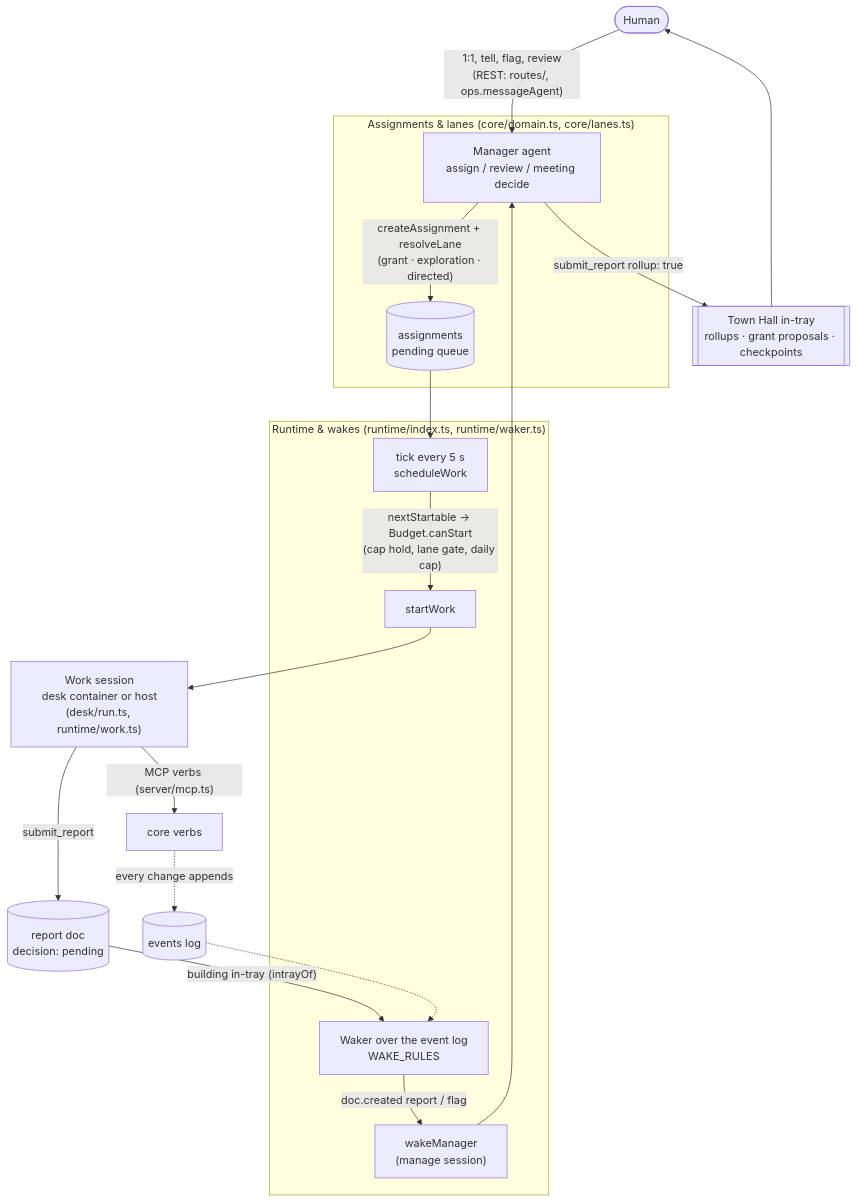
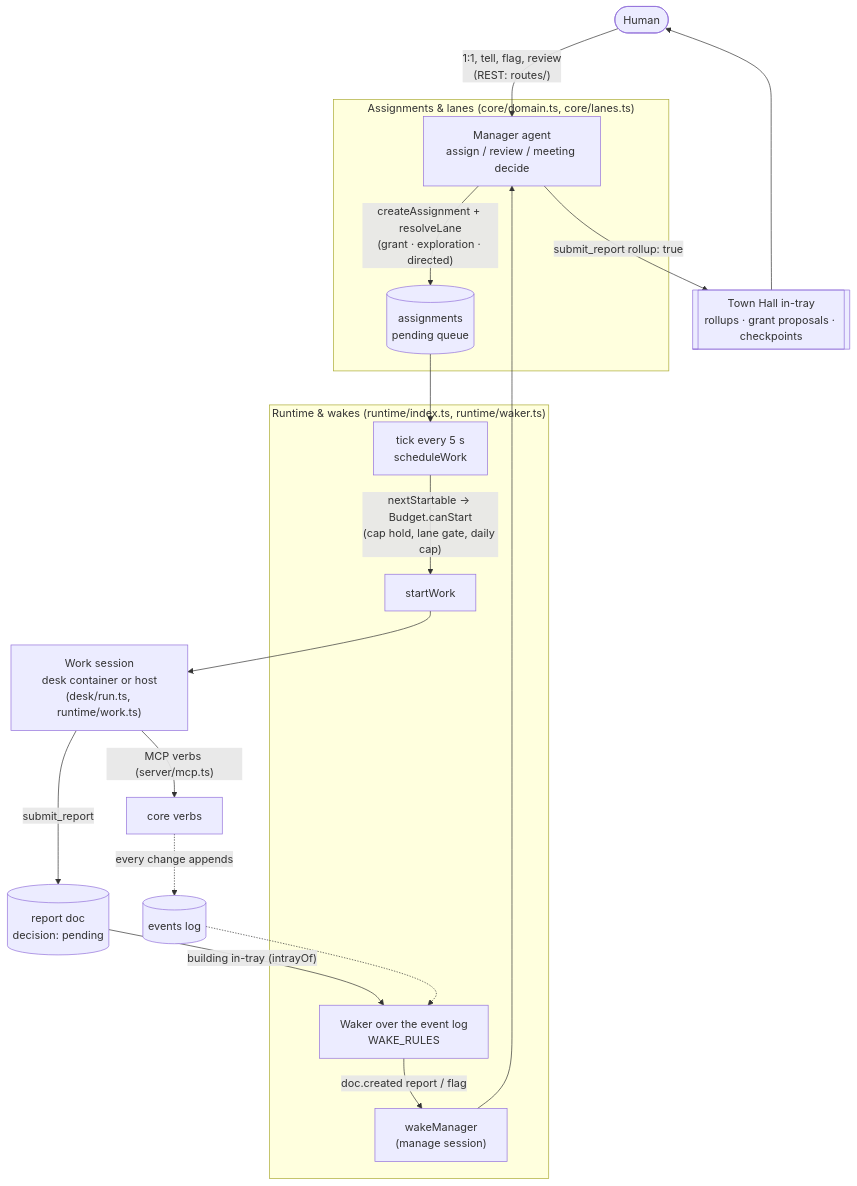
The first of 2 diagrams in docs/architecture.md (mitchellgordon95/muster-town), drawn with Mermaid before and after one commit. The commit also changed other lines of this file and 43 other files, not shown here.

First line of the commit message:
Planner is the Town Hall manager; delete the agent message composer, "Message from …" assignments and the Haiku ask

````diff
--- a/docs/architecture.md
+++ b/docs/architecture.md
@@ -30,21 +30,21 @@
 ```mermaid
 flowchart TD
-  human([Human]) -->|"1:1, tell, flag, review<br/>(REST: routes/, ops.messageAgent)"| mgr
+  human([Human]) -->|"1:1, tell, flag, review<br/>(REST: routes/)"| mgr
   subgraph assign["Assignments & lanes (core/domain.ts, core/lanes.ts)"]
     mgr["Manager agent<br/>assign / review / meeting decide"] -->|"createAssignment + resolveLane<br/>(grant · exploration · directed)"| queue[("assignments<br/>pending queue")]
   end
   subgraph rt["Runtime & wakes (runtime/index.ts, runtime/waker.ts)"]
     tick["tick every 5 s<br/>scheduleWork"] -->|"nextStartable → Budget.canStart<br/>(cap hold, lane gate, daily cap)"| start["startWork"]
     waker["Waker over the event log<br/>WAKE_RULES"] -->|"doc.created report / flag"| wm["wakeManager<br/>(manage session)"]
   end
   queue --> tick
   start --> session["Work session<br/>desk container or host<br/>(desk/run.ts, runtime/work.ts)"]
   session -->|"MCP verbs (server/mcp.ts)"| verbs["core verbs"]
   session -->|"submit_report"| report[("report doc<br/>decision: pending")]
   report -->|"building in-tray (intrayOf)"| waker
   wm --> mgr
   mgr -->|"submit_report rollup: true"| townhall[["Town Hall in-tray<br/>rollups · grant proposals · checkpoints"]]
   townhall --> human
   verbs -.->|"every change appends"| events[("events log")]
   events -.-> waker
 ```
````
